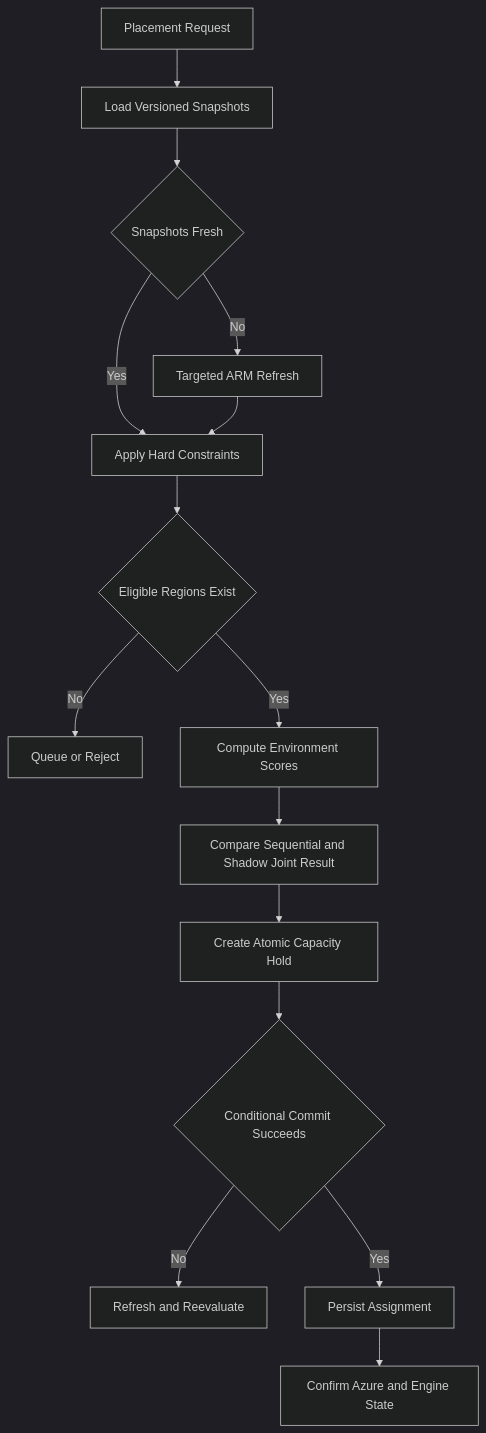
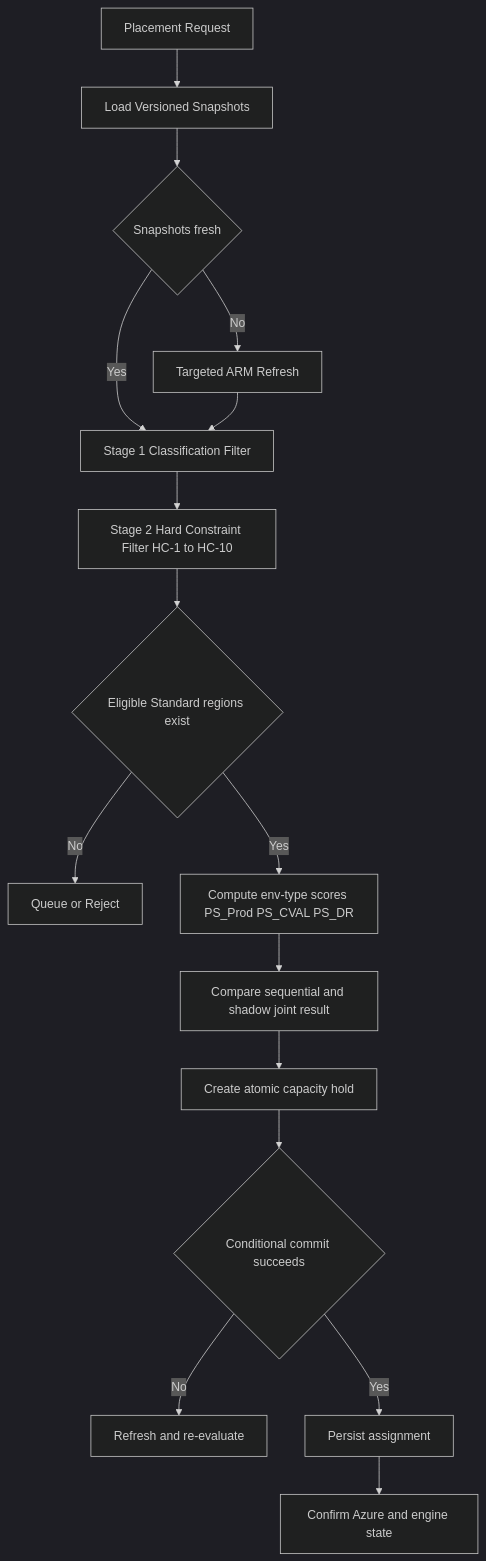
The eighth of 24 diagrams in docs/acrme_production_readiness_review_and_architecture.md (vishnu4573/acrme-capacity-reservation), drawn with Mermaid (dark theme) before and after one commit. The commit also changed other lines of this file and 2 other files, not shown here.

Commit message:
PRR §27-28: production-ready region selection — classification model, eligibility decision tree, restricted region rules, Middle East cross-geo extension, exception workflow, validation framework, governance controls (HC-9, HC-10, VR-1..VR-11); §28 CVAL=NonProd note

````diff
--- a/docs/acrme_production_readiness_review_and_architecture.md
+++ b/docs/acrme_production_readiness_review_and_architecture.md
@@ -854,17 +947,18 @@
 ```mermaid
 flowchart TD
     Request[Placement Request] --> Load[Load Versioned Snapshots]
-    Load --> Fresh{Snapshots Fresh}
+    Load --> Fresh{Snapshots fresh}
     Fresh -- No --> Refresh[Targeted ARM Refresh]
-    Fresh -- Yes --> Constraints[Apply Hard Constraints]
-    Refresh --> Constraints
-    Constraints --> Eligible{Eligible Regions Exist}
+    Fresh -- Yes --> Stage1[Stage 1 Classification Filter]
+    Refresh --> Stage1
+    Stage1 --> Stage2[Stage 2 Hard Constraint Filter HC-1 to HC-10]
+    Stage2 --> Eligible{Eligible Standard regions exist}
     Eligible -- No --> Exhausted[Queue or Reject]
-    Eligible -- Yes --> Score[Compute Environment Scores]
-    Score --> Compare[Compare Sequential and Shadow Joint Result]
-    Compare --> Hold[Create Atomic Capacity Hold]
-    Hold --> Commit{Conditional Commit Succeeds}
-    Commit -- No --> Retry[Refresh and Reevaluate]
-    Commit -- Yes --> Assignment[Persist Assignment]
-    Assignment --> Reconcile[Confirm Azure and Engine State]
+    Eligible -- Yes --> Score[Compute env-type scores PS_Prod PS_CVAL PS_DR]
+    Score --> Compare[Compare sequential and shadow joint result]
+    Compare --> Hold[Create atomic capacity hold]
+    Hold --> Commit{Conditional commit succeeds}
+    Commit -- No --> Retry[Refresh and re-evaluate]
+    Commit -- Yes --> Assignment[Persist assignment]
+    Assignment --> Reconcile[Confirm Azure and engine state]
 ```
````
